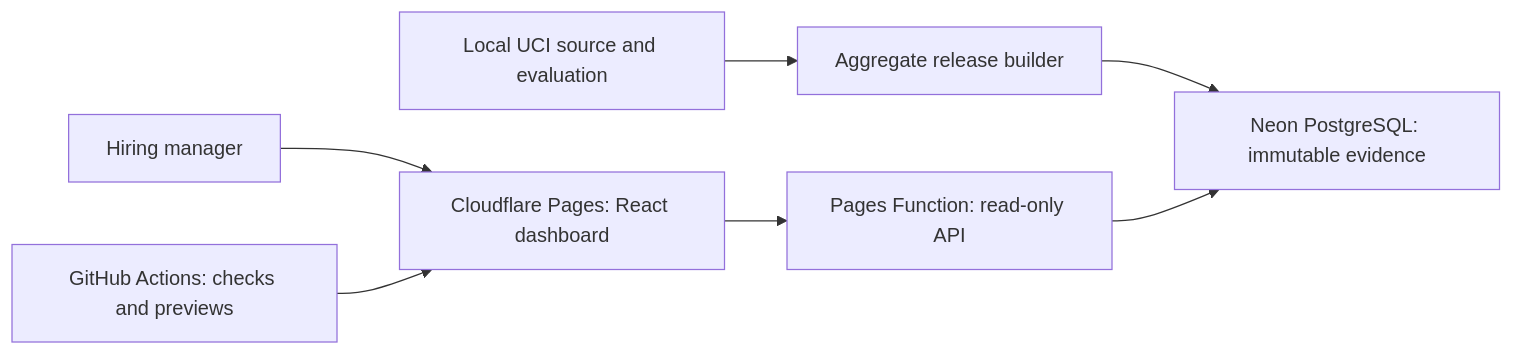
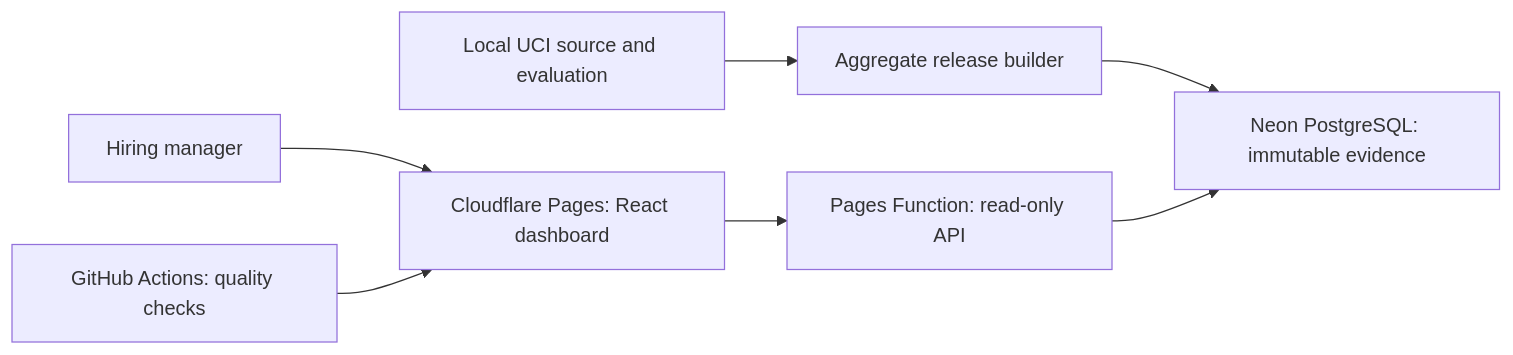
The diagram in architecture/system.mmd (vaibhavkhuranaaa/consumer-credit-default-risk-monitoring), drawn with Mermaid before and after one commit. The commit also changed 12 other files, not shown here.

```diff
--- a/architecture/system.mmd
+++ b/architecture/system.mmd
@@ -1,7 +1,7 @@
 flowchart LR
   A[Local UCI source and evaluation] --> B[Aggregate release builder]
   B --> C[Neon PostgreSQL: immutable evidence]
   D[Hiring manager] --> E[Cloudflare Pages: React dashboard]
   E --> F[Pages Function: read-only API]
   F --> C
-  G[GitHub Actions: checks and previews] --> E
+  G[GitHub Actions: quality checks] --> E
```
